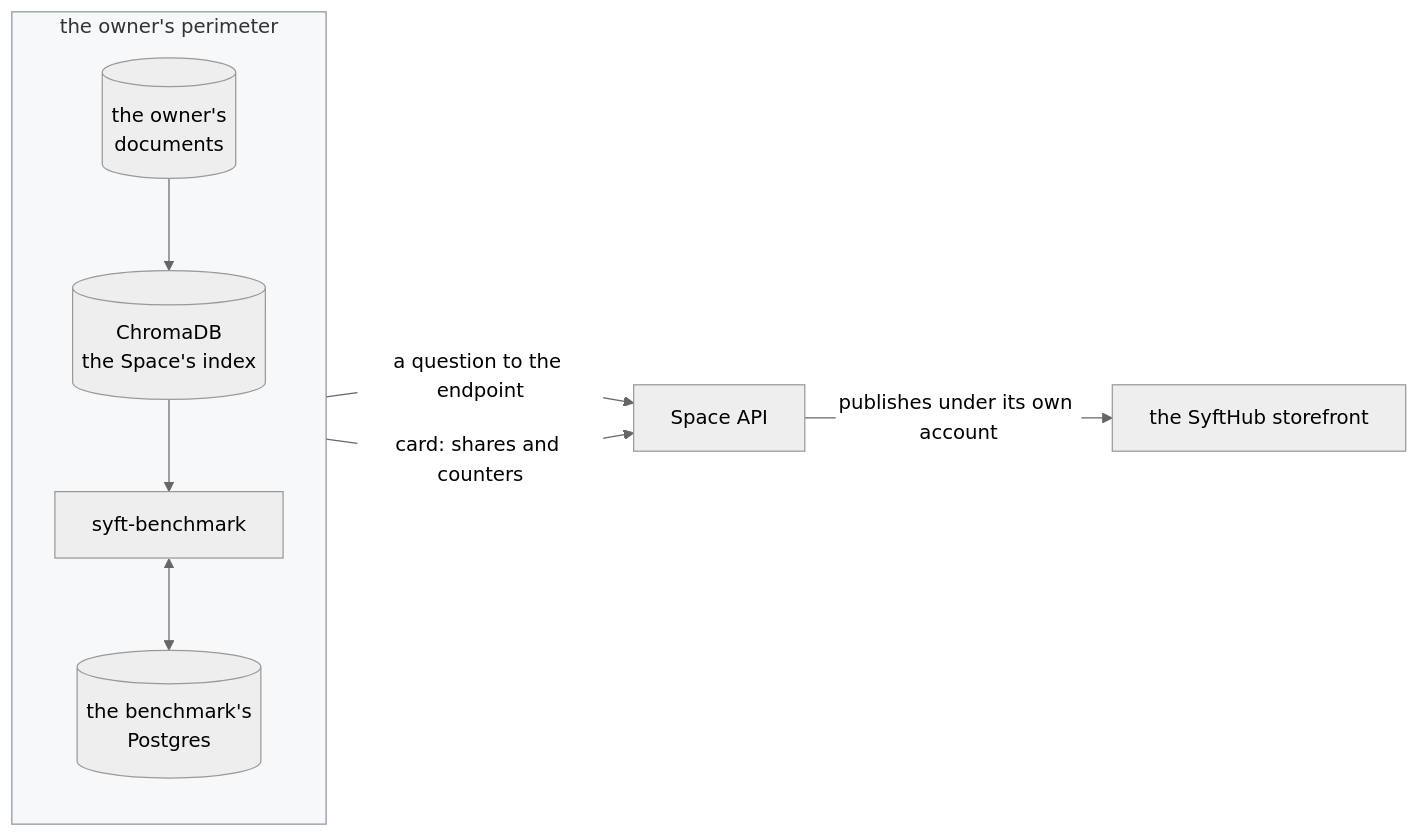
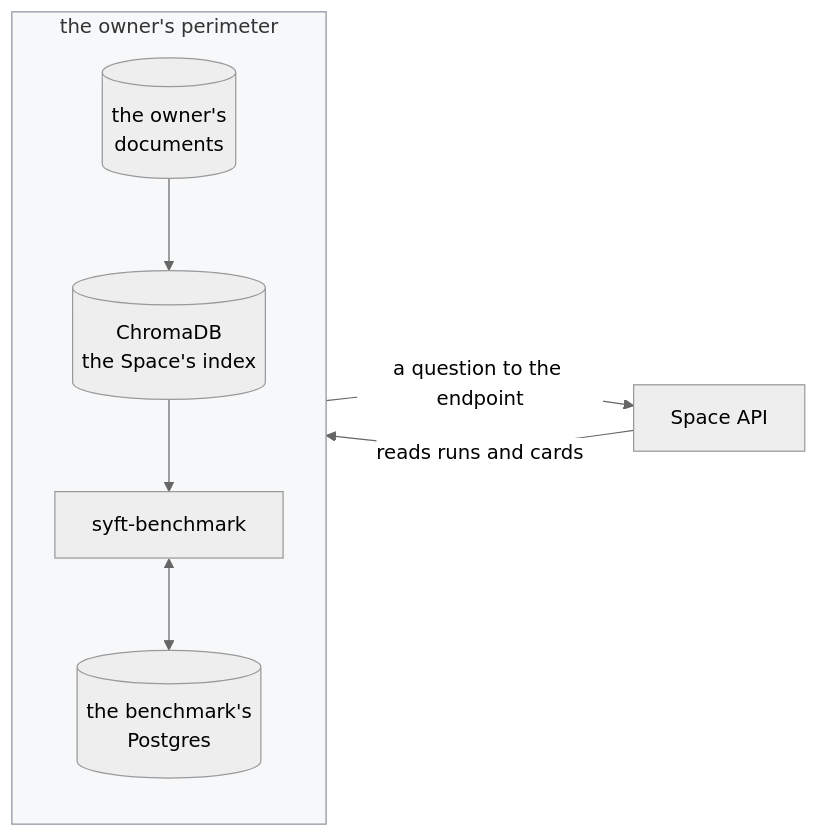
One commit to OpenMined/syft-space changed the first of 2 diagrams in packages/benchmark/docs/README.md. Above: the diagram before and after it, drawn with Mermaid (neutral theme). The commit also changed other lines of this file and 176 other files, not shown here.

````diff
--- a/packages/benchmark/docs/README.md
+++ b/packages/benchmark/docs/README.md
@@ -20,20 +20,18 @@
 ```mermaid
 flowchart LR
     subgraph P["the owner's perimeter"]
         direction TB
         CORPUS[("the owner's<br/>documents")]
         CHROMA[("ChromaDB<br/>the Space's index")]
         BENCH["syft-benchmark"]
         DB[("the benchmark's<br/>Postgres")]
         CORPUS --> CHROMA --> BENCH
         BENCH <--> DB
     end
     SPACE["Space API"]
-    HUB["the SyftHub storefront"]
 
     BENCH -- "a question to the endpoint" --> SPACE
-    BENCH -- "card: shares and counters" --> SPACE
-    SPACE -- "publishes under its own account" --> HUB
+    SPACE -- "reads runs and cards" --> BENCH
 
     style P fill:#f6f8fa,stroke:#8b949e
 ```
````
